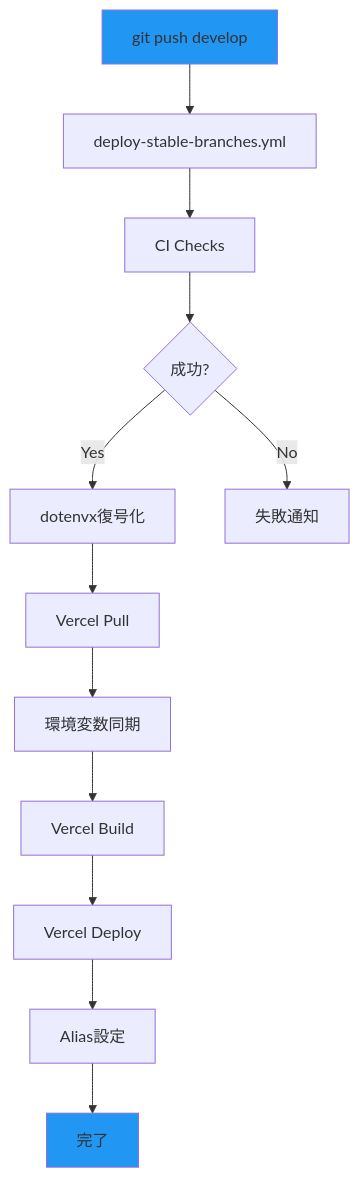
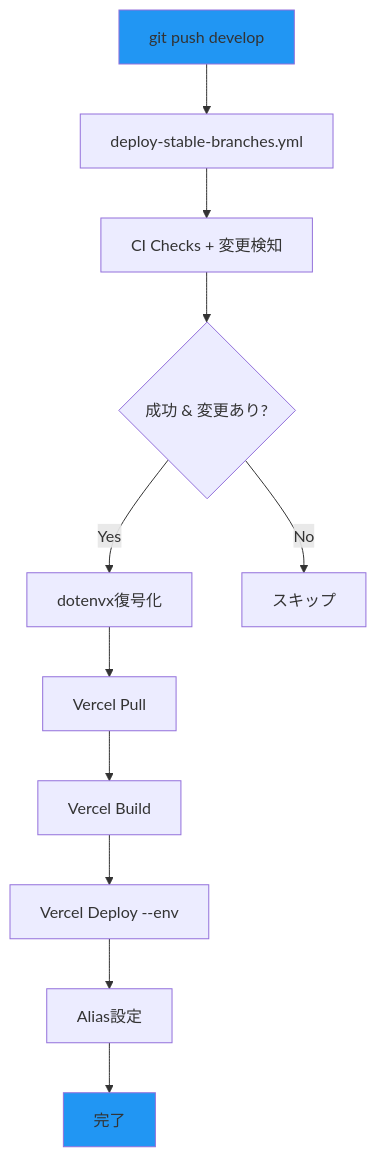
The eighth of 12 diagrams in docs/einja/steering/infrastructure/deployment.md (einja-inc/einja-management-template), drawn with Mermaid before and after one commit. The commit also changed other lines of this file and 28 other files, not shown here.

````diff
--- a/docs/einja/steering/infrastructure/deployment.md
+++ b/docs/einja/steering/infrastructure/deployment.md
@@ -413,17 +414,16 @@
 ```mermaid
 flowchart TD
     A[git push develop] --> B[deploy-stable-branches.yml]
-    B --> C[CI Checks]
-    C --> D{成功?}
+    B --> C[CI Checks + 変更検知]
+    C --> D{成功 & 変更あり?}
     D -->|Yes| E[dotenvx復号化]
-    D -->|No| X[失敗通知]
+    D -->|No| X[スキップ]
     E --> F[Vercel Pull]
-    F --> G[環境変数同期]
-    G --> H[Vercel Build]
-    H --> I[Vercel Deploy]
-    I --> J[Alias設定]
-    J --> K[完了]
+    F --> G[Vercel Build]
+    G --> H[Vercel Deploy --env]
+    H --> I[Alias設定]
+    I --> J[完了]
 
     style A fill:#2196F3
-    style K fill:#2196F3
+    style J fill:#2196F3
 ```
````
